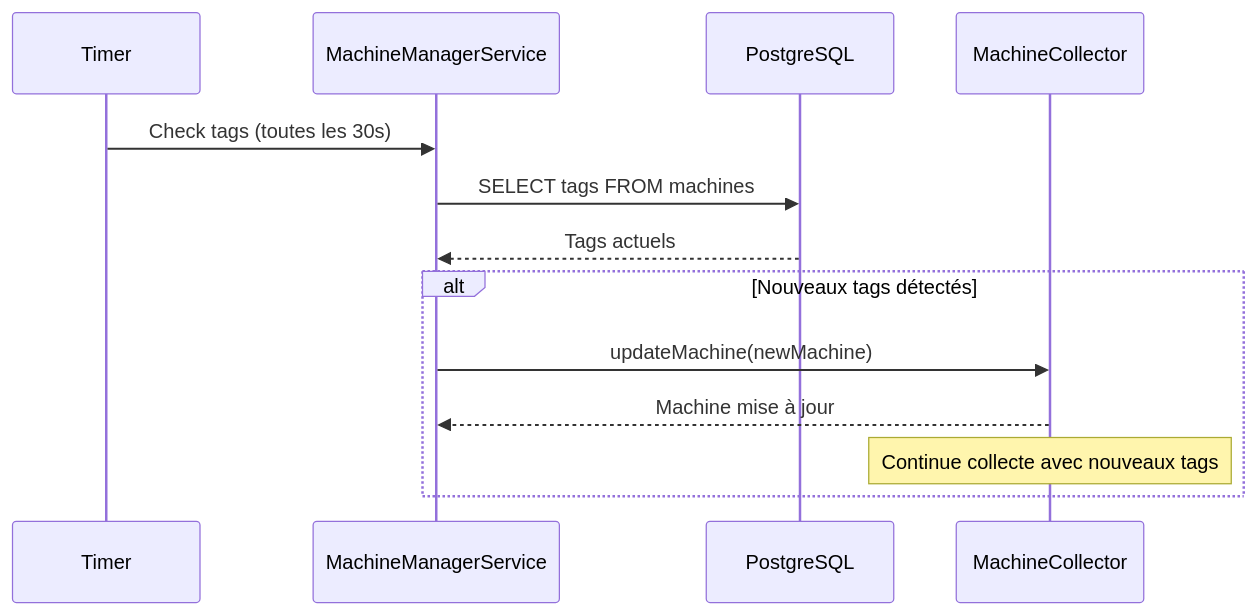
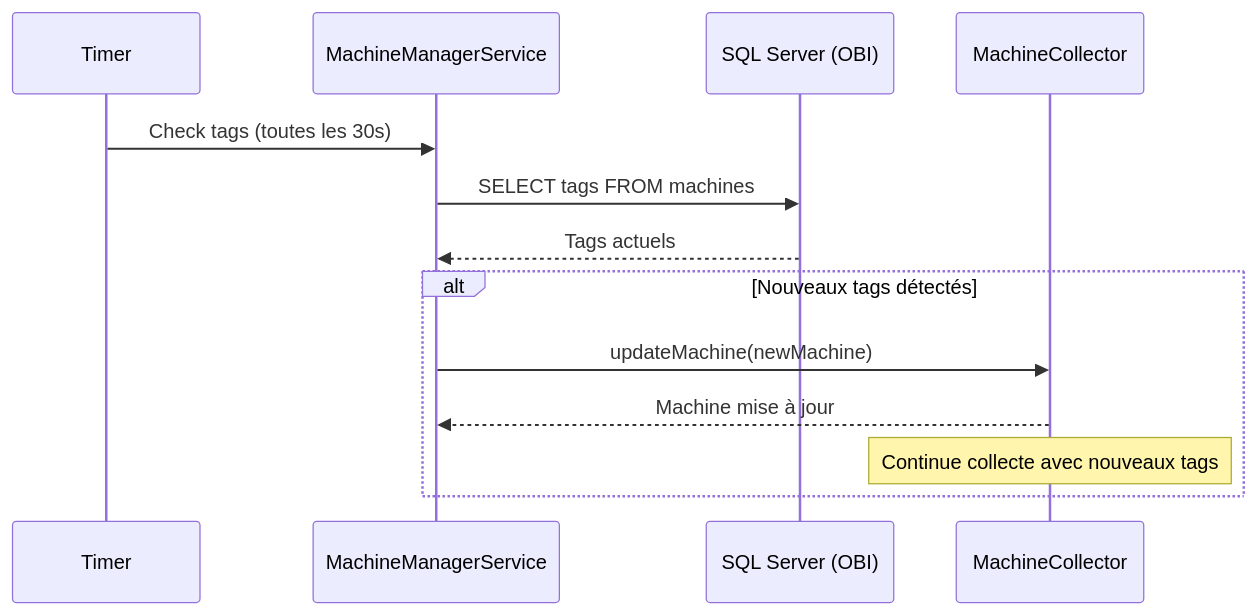
The third of 3 diagrams in readme.md (obiorg/DOBI), drawn with Mermaid before and after one commit. The commit also changed other lines of this file and 2 other files, not shown here.

````diff
--- a/readme.md
+++ b/readme.md
@@ -462,17 +560,17 @@
 ```mermaid
 sequenceDiagram
     participant T as Timer
     participant MMS as MachineManagerService  
-    participant DB as PostgreSQL
+    participant DB as SQL Server (OBI)
     participant MC as MachineCollector
     
     T->>MMS: Check tags (toutes les 30s)
     MMS->>DB: SELECT tags FROM machines
     DB-->>MMS: Tags actuels
     
     alt Nouveaux tags détectés
         MMS->>MC: updateMachine(newMachine)
         MC-->>MMS: Machine mise à jour
         Note over MC: Continue collecte avec nouveaux tags
     end
 ```
````
